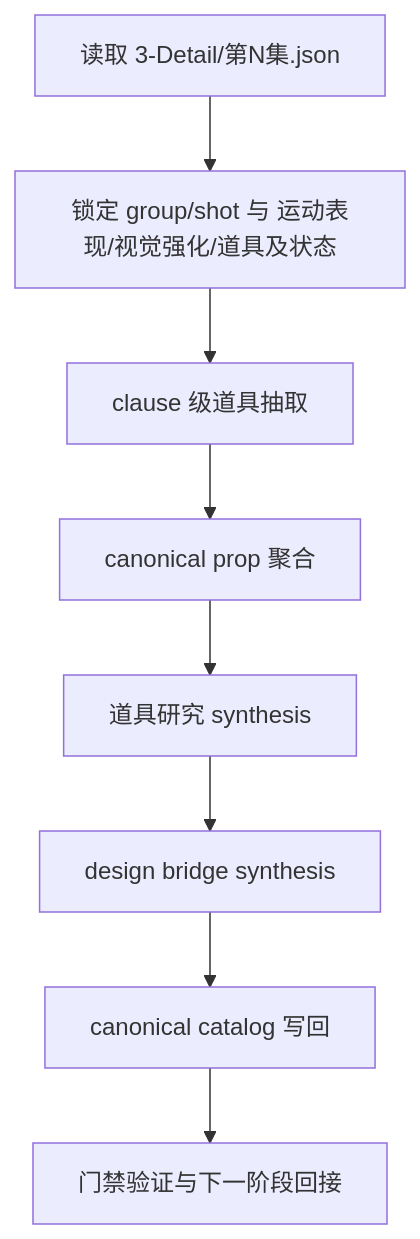
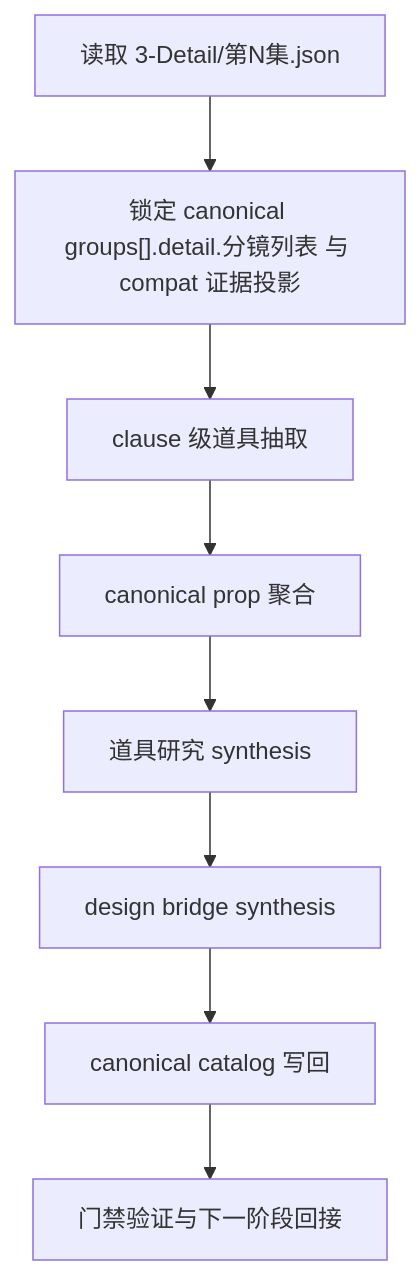
The first of 3 diagrams in .agents/skills/aigc/4-Design/1-清单/道具/SKILL.md (ZEN-VOID/AI-CUT), drawn with Mermaid before and after one commit. The commit also changed other lines of this file and 362 other files, not shown here.

````diff
--- a/.agents/skills/aigc/4-Design/1-清单/道具/SKILL.md
+++ b/.agents/skills/aigc/4-Design/1-清单/道具/SKILL.md
@@ -69,10 +78,10 @@
 ```mermaid
 flowchart TD
-    A["读取 3-Detail/第N集.json"] --> B["锁定 group/shot 与 运动表现/视觉强化/道具及状态"]
+    A["读取 3-Detail/第N集.json"] --> B["锁定 canonical groups[].detail.分镜列表 与 compat 证据投影"]
     B --> C["clause 级道具抽取"]
     C --> D["canonical prop 聚合"]
     D --> E["道具研究 synthesis"]
     E --> F["design bridge synthesis"]
     F --> G["canonical catalog 写回"]
     G --> H["门禁验证与下一阶段回接"]
 ```
````
